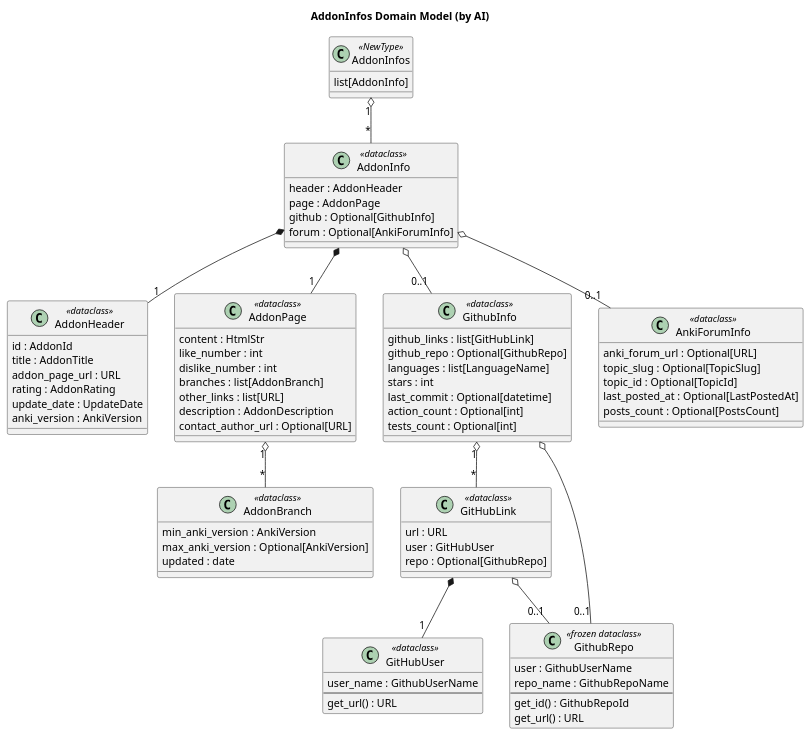
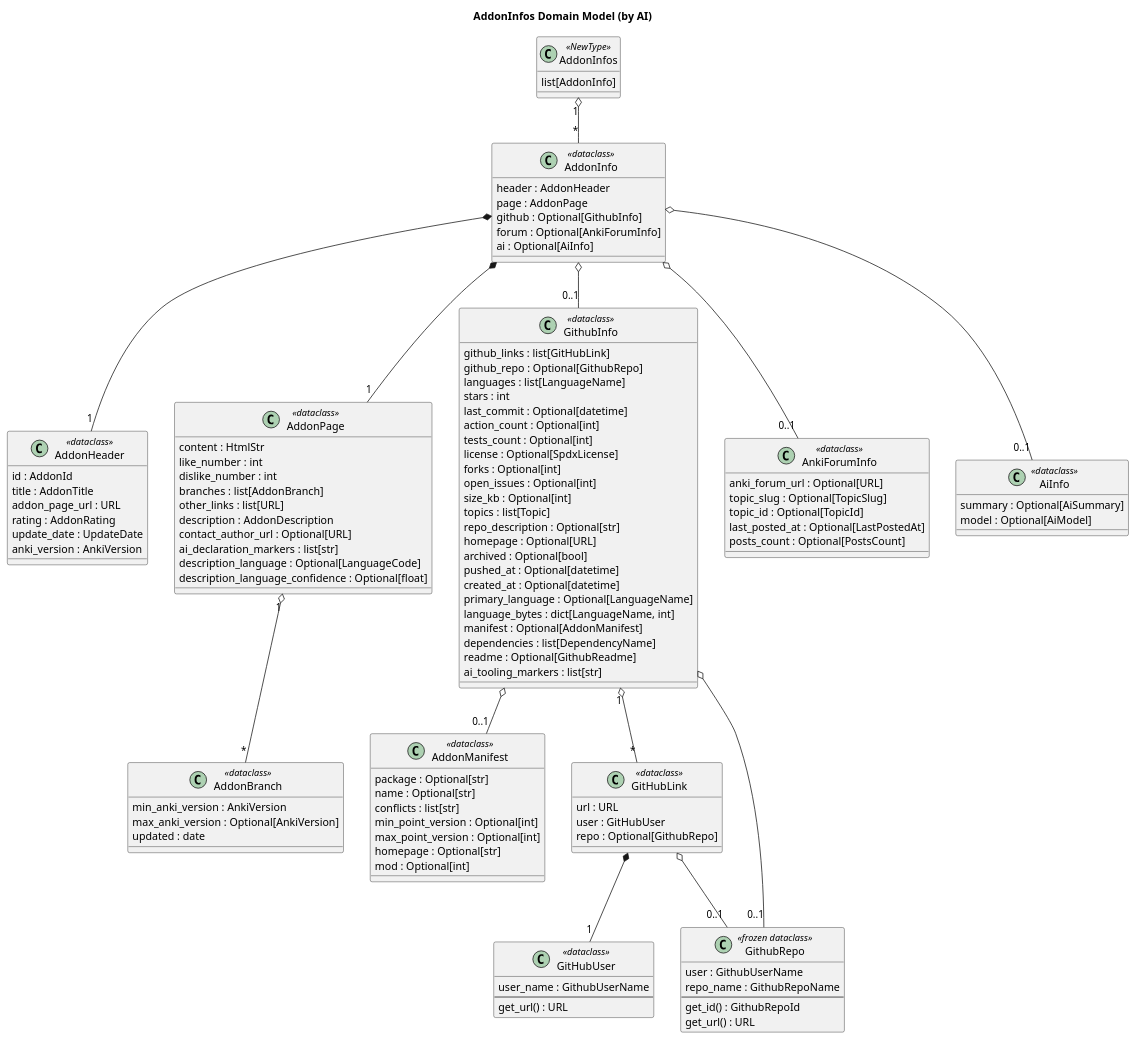
Before and after one commit to Aleks-Ya/anki-addons-dataset: the diagram in doc/uml/ai/class-addon-infos.puml, drawn with PlantUML. The commit also changed 5 other files, not shown here.

Commit message:
Add skill update-uml-diagrams

```diff
--- a/doc/uml/ai/class-addon-infos.puml
+++ b/doc/uml/ai/class-addon-infos.puml
@@ -1,98 +1,133 @@
 @startuml
-' Structure of the AddonInfos domain model (src/anki_addons_dataset/common/data_types.py).
-' https://plantuml.com/class-diagram
 
 title AddonInfos Domain Model (by AI)
 
 skinparam packageStyle rectangle
 
 class AddonInfos <<NewType>> {
   list[AddonInfo]
 }
 
 class AddonInfo <<dataclass>> {
   header : AddonHeader
   page : AddonPage
   github : Optional[GithubInfo]
   forum : Optional[AnkiForumInfo]
+  ai : Optional[AiInfo]
 }
 
 class AddonHeader <<dataclass>> {
   id : AddonId
   title : AddonTitle
   addon_page_url : URL
   rating : AddonRating
   update_date : UpdateDate
   anki_version : AnkiVersion
 }
 
 class AddonPage <<dataclass>> {
   content : HtmlStr
   like_number : int
   dislike_number : int
   branches : list[AddonBranch]
   other_links : list[URL]
   description : AddonDescription
   contact_author_url : Optional[URL]
+  ai_declaration_markers : list[str]
+  description_language : Optional[LanguageCode]
+  description_language_confidence : Optional[float]
 }
 
 class AddonBranch <<dataclass>> {
   min_anki_version : AnkiVersion
   max_anki_version : Optional[AnkiVersion]
   updated : date
 }
 
 class GithubInfo <<dataclass>> {
   github_links : list[GitHubLink]
   github_repo : Optional[GithubRepo]
   languages : list[LanguageName]
   stars : int
   last_commit : Optional[datetime]
   action_count : Optional[int]
   tests_count : Optional[int]
+  license : Optional[SpdxLicense]
+  forks : Optional[int]
+  open_issues : Optional[int]
+  size_kb : Optional[int]
+  topics : list[Topic]
+  repo_description : Optional[str]
+  homepage : Optional[URL]
+  archived : Optional[bool]
+  pushed_at : Optional[datetime]
+  created_at : Optional[datetime]
+  primary_language : Optional[LanguageName]
+  language_bytes : dict[LanguageName, int]
+  manifest : Optional[AddonManifest]
+  dependencies : list[DependencyName]
+  readme : Optional[GithubReadme]
+  ai_tooling_markers : list[str]
+}
+
+class AddonManifest <<dataclass>> {
+  package : Optional[str]
+  name : Optional[str]
+  conflicts : list[str]
+  min_point_version : Optional[int]
+  max_point_version : Optional[int]
+  homepage : Optional[str]
+  mod : Optional[int]
 }
 
 class GitHubLink <<dataclass>> {
   url : URL
   user : GitHubUser
   repo : Optional[GithubRepo]
 }
 
 class GitHubUser <<dataclass>> {
   user_name : GithubUserName
   --
   get_url() : URL
 }
 
 class GithubRepo <<frozen dataclass>> {
   user : GithubUserName
   repo_name : GithubRepoName
   --
   get_id() : GithubRepoId
   get_url() : URL
 }
 
 class AnkiForumInfo <<dataclass>> {
   anki_forum_url : Optional[URL]
   topic_slug : Optional[TopicSlug]
   topic_id : Optional[TopicId]
   last_posted_at : Optional[LastPostedAt]
   posts_count : Optional[PostsCount]
 }
 
+class AiInfo <<dataclass>> {
+  summary : Optional[AiSummary]
+  model : Optional[AiModel]
+}
+
 AddonInfos "1" o-- "*" AddonInfo
 
 AddonInfo *-- "1" AddonHeader
 AddonInfo *-- "1" AddonPage
 AddonInfo o-- "0..1" GithubInfo
 AddonInfo o-- "0..1" AnkiForumInfo
+AddonInfo o-- "0..1" AiInfo
 
 AddonPage "1" o-- "*" AddonBranch
 
 GithubInfo "1" o-- "*" GitHubLink
 GithubInfo o-- "0..1" GithubRepo
+GithubInfo o-- "0..1" AddonManifest
 
 GitHubLink *-- "1" GitHubUser
 GitHubLink o-- "0..1" GithubRepo
 
 @enduml
```
